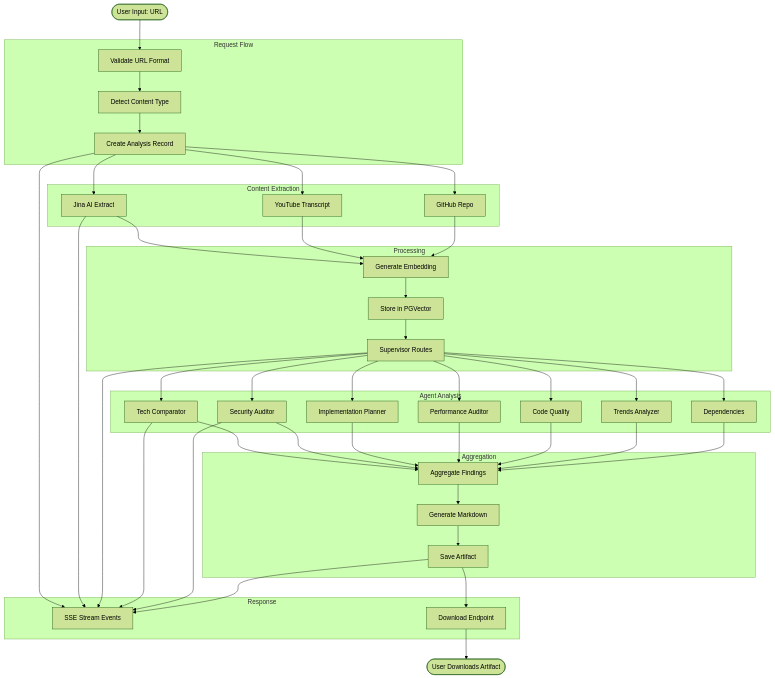
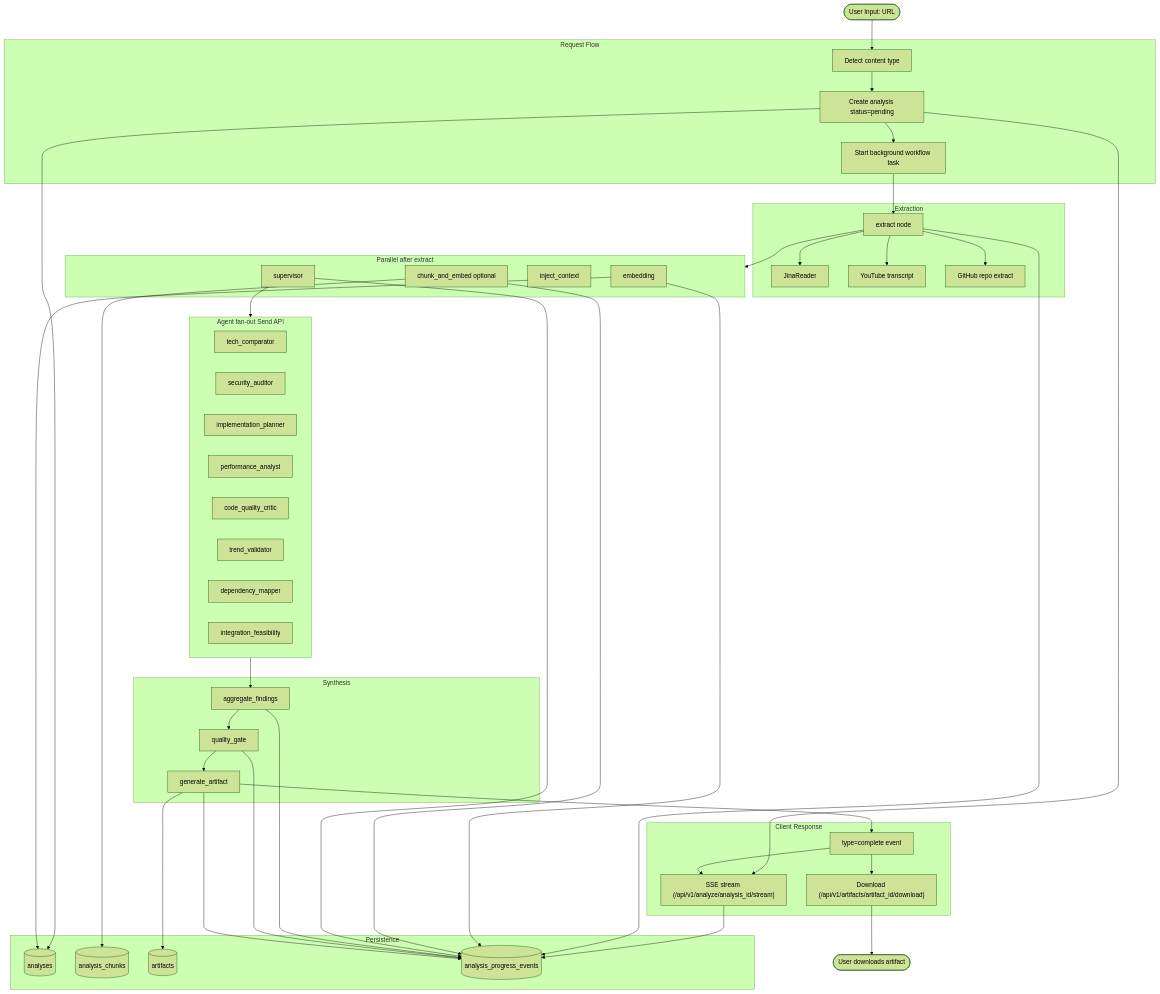
One commit to ArieGoldkin/SkillForge changed the ninth of 11 diagrams in docs/ARCHITECTURE.md. Above: the diagram before and after it, drawn with Mermaid (forest theme). The commit also changed other lines of this file and 12 other files, not shown here.

First line of the commit message:
fix(docs): align architecture diagrams with current flows

````diff
--- a/docs/ARCHITECTURE.md
+++ b/docs/ARCHITECTURE.md
@@ -615,89 +639,84 @@
 flowchart TD
     Start([User Input: URL])
     
-    subgraph "Request Flow"
-        Validate[Validate URL Format]
-        DetectType[Detect Content Type]
-        CreateAnalysis[Create Analysis Record]
+    subgraph requestFlow [Request Flow]
+        DetectType[Detect content type]
+        CreateAnalysis[Create analysis status=pending]
+        StartWorkflow["Start background workflow task"]
     end
     
-    subgraph "Content Extraction"
-        JinaExtract[Jina AI Extract]
-        YouTubeExtract[YouTube Transcript]
-        GitHubExtract[GitHub Repo]
+    subgraph extraction [Extraction]
+        Extract[extract node]
+        Jina[JinaReader]
+        YouTube[YouTube transcript]
+        GitHub[GitHub repo extract]
     end
     
-    subgraph "Processing"
-        GenerateEmbed[Generate Embedding]
-        StoreEmbed[Store in PGVector]
-        SupervisorDecide[Supervisor Routes]
+    subgraph fanOut [Parallel after extract]
+        Embed[embedding]
+        Chunking[chunk_and_embed optional]
+        InjectContext[inject_context]
+        Supervisor[supervisor]
     end
     
-    subgraph "Agent Analysis"
-        TechComp[Tech Comparator]
-        Security[Security Auditor]
-        ImplPlan[Implementation Planner]
-        Perf[Performance Auditor]
-        CodeQual[Code Quality]
-        Trends[Trends Analyzer]
-        Deps[Dependencies]
+    subgraph agents [Agent fan-out Send API]
+        TechComp[tech_comparator]
+        Security[security_auditor]
+        ImplPlan[implementation_planner]
+        Perf[performance_analyst]
+        CodeQual[code_quality_critic]
+        Trends[trend_validator]
+        Deps[dependency_mapper]
+        IntFeas[integration_feasibility]
     end
     
-    subgraph "Aggregation"
-        Aggregate[Aggregate Findings]
-        GenerateMarkdown[Generate Markdown]
-        SaveArtifact[Save Artifact]
+    subgraph synthesis [Synthesis]
+        Aggregate[aggregate_findings]
+        QualityGate[quality_gate]
+        GenerateArtifact[generate_artifact]
     end
     
-    subgraph "Response"
-        SSEStream[SSE Stream Events]
-        Download[Download Endpoint]
+    subgraph persistence [Persistence]
+        Analyses[(analyses)]
+        Chunks[(analysis_chunks)]
+        Artifacts[(artifacts)]
+        Progress[(analysis_progress_events)]
     end
     
-    Start --> Validate
-    Validate --> DetectType
-    DetectType --> CreateAnalysis
+    subgraph response [Client Response]
+        SSE["SSE stream (/api/v1/analyze/analysis_id/stream)"]
+        Complete["type=complete event"]
+        Download["Download (/api/v1/artifacts/artifact_id/download)"]
+    end
     
-    CreateAnalysis --> JinaExtract
-    CreateAnalysis --> YouTubeExtract
-    CreateAnalysis --> GitHubExtract
+    Start --> DetectType --> CreateAnalysis --> Analyses
+    CreateAnalysis --> StartWorkflow
+    CreateAnalysis --> SSE
     
-    JinaExtract --> GenerateEmbed
-    YouTubeExtract --> GenerateEmbed
-    GitHubExtract --> GenerateEmbed
+    StartWorkflow --> Extract
+    Extract --> Jina
+    Extract --> YouTube
+    Extract --> GitHub
+    Extract --> fanOut
     
-    GenerateEmbed --> StoreEmbed
-    StoreEmbed --> SupervisorDecide
+    Embed --> Analyses
+    Chunking --> Chunks
+    Supervisor --> agents
     
-    SupervisorDecide --> TechComp
-    SupervisorDecide --> Security
-    SupervisorDecide --> ImplPlan
-    SupervisorDecide --> Perf
-    SupervisorDecide --> CodeQual
-    SupervisorDecide --> Trends
-    SupervisorDecide --> Deps
+    agents --> Aggregate --> QualityGate --> GenerateArtifact --> Artifacts
     
-    TechComp --> Aggregate
-    Security --> Aggregate
-    ImplPlan --> Aggregate
-    Perf --> Aggregate
-    CodeQual --> Aggregate
-    Trends --> Aggregate
-    Deps --> Aggregate
+    SSE --> Progress
+    Extract --> Progress
+    Embed --> Progress
+    Chunking --> Progress
+    Supervisor --> Progress
+    Aggregate --> Progress
+    QualityGate --> Progress
+    GenerateArtifact --> Progress
+    GenerateArtifact --> Complete --> SSE
     
-    Aggregate --> GenerateMarkdown
-    GenerateMarkdown --> SaveArtifact
-    
-    CreateAnalysis --> SSEStream
-    JinaExtract --> SSEStream
-    SupervisorDecide --> SSEStream
-    TechComp --> SSEStream
-    Security --> SSEStream
-    SaveArtifact --> SSEStream
-    
-    SaveArtifact --> Download
-    
-    End([User Downloads Artifact])
+    Complete --> Download
+    End([User downloads artifact])
     Download --> End
     
 ```
````
